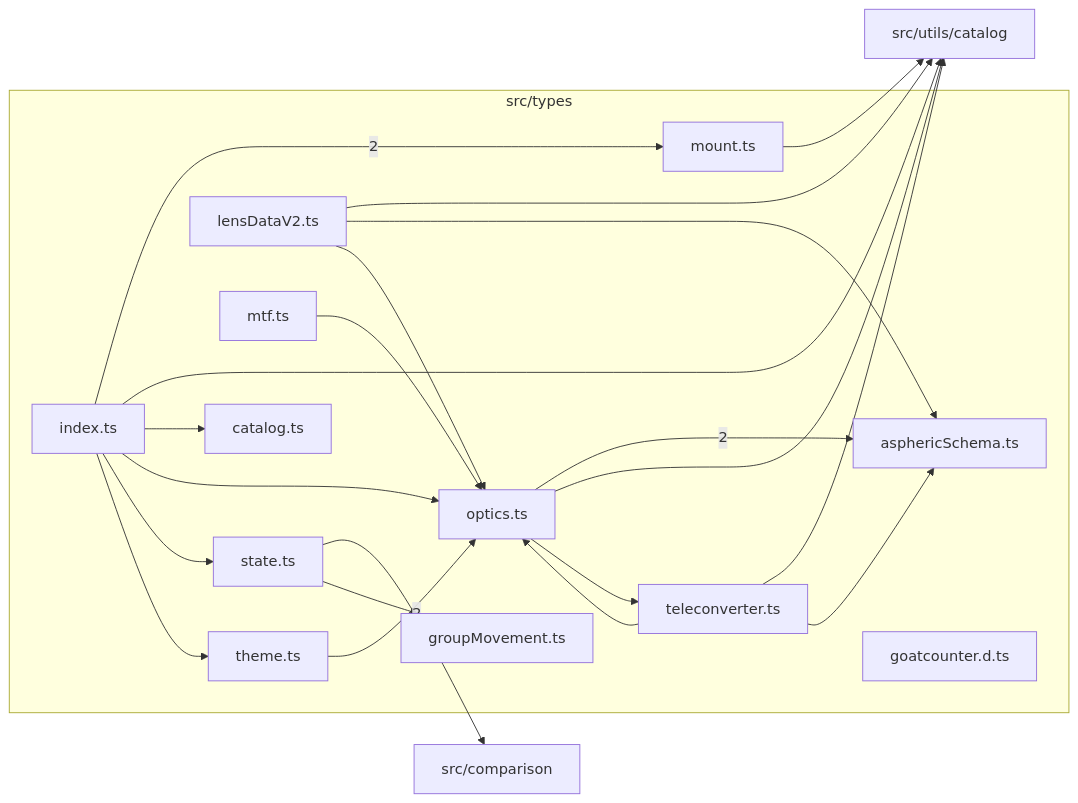
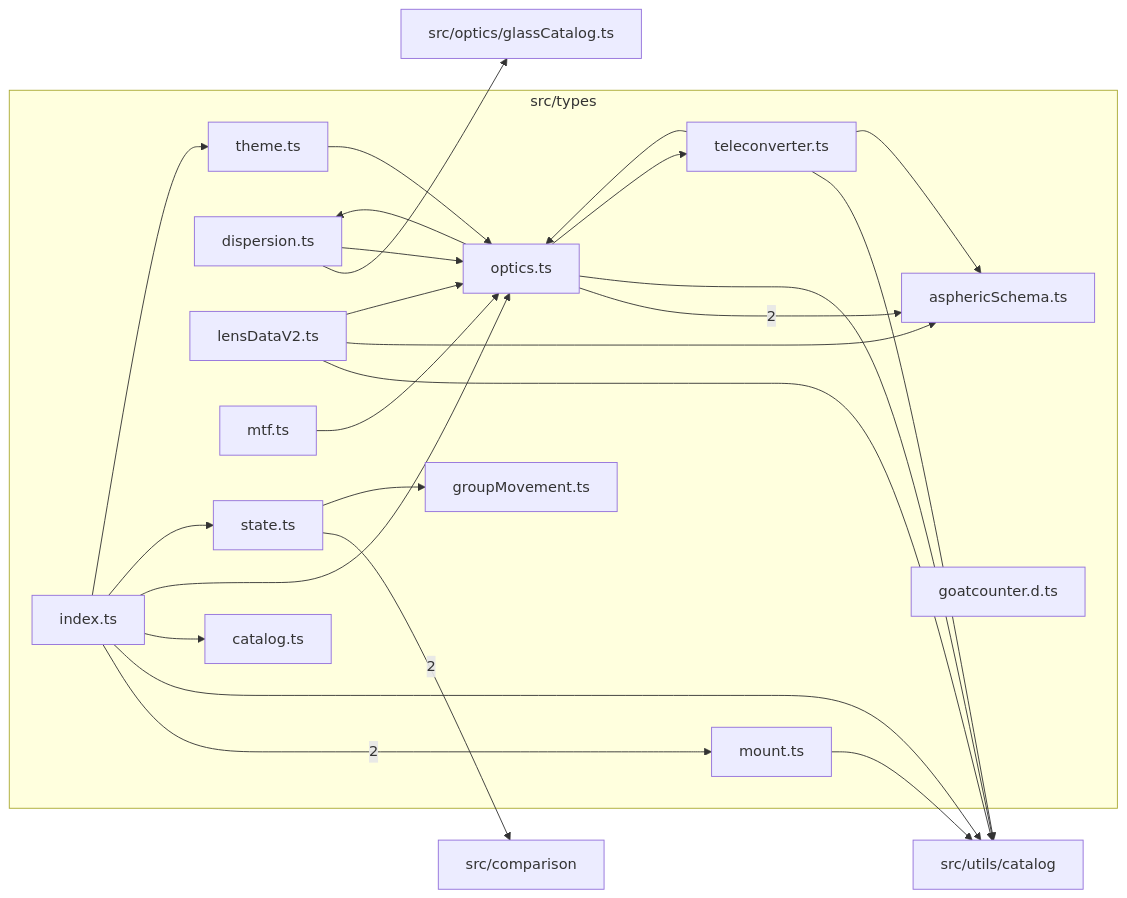
Before and after one commit to BeamFour/LensVisualizer: the diagram in src/types/readme.md, drawn with Mermaid. The commit also changed other lines of this file and 45 other files, not shown here.

````diff
--- a/src/types/readme.md
+++ b/src/types/readme.md
@@ -9,39 +9,44 @@
 ```mermaid
 flowchart LR
   subgraph n_src_types["src/types"]
     n_src_types_src_types_asphericSchema_ts["asphericSchema.ts"]
     n_src_types_src_types_catalog_ts["catalog.ts"]
+    n_src_types_src_types_dispersion_ts["dispersion.ts"]
     n_src_types_src_types_goatcounter_d_ts["goatcounter.d.ts"]
     n_src_types_src_types_groupMovement_ts["groupMovement.ts"]
     n_src_types_src_types_index_ts["index.ts"]
     n_src_types_src_types_lensDataV2_ts["lensDataV2.ts"]
     n_src_types_src_types_mount_ts["mount.ts"]
     n_src_types_src_types_mtf_ts["mtf.ts"]
     n_src_types_src_types_optics_ts["optics.ts"]
     n_src_types_src_types_state_ts["state.ts"]
     n_src_types_src_types_teleconverter_ts["teleconverter.ts"]
     n_src_types_src_types_theme_ts["theme.ts"]
   end
   n_external_src_comparison["src/comparison"]
+  n_external_src_optics_glassCatalog_ts["src/optics/glassCatalog.ts"]
   n_external_src_utils_catalog["src/utils/catalog"]
   n_src_types_src_types_state_ts --> |2| n_external_src_comparison
   n_src_types_src_types_optics_ts --> |2| n_src_types_src_types_asphericSchema_ts
   n_src_types_src_types_index_ts --> |2| n_src_types_src_types_mount_ts
+  n_src_types_src_types_dispersion_ts --> n_external_src_optics_glassCatalog_ts
   n_src_types_src_types_index_ts --> n_external_src_utils_catalog
   n_src_types_src_types_lensDataV2_ts --> n_external_src_utils_catalog
   n_src_types_src_types_mount_ts --> n_external_src_utils_catalog
   n_src_types_src_types_optics_ts --> n_external_src_utils_catalog
   n_src_types_src_types_teleconverter_ts --> n_external_src_utils_catalog
   n_src_types_src_types_lensDataV2_ts --> n_src_types_src_types_asphericSchema_ts
   n_src_types_src_types_teleconverter_ts --> n_src_types_src_types_asphericSchema_ts
   n_src_types_src_types_index_ts --> n_src_types_src_types_catalog_ts
+  n_src_types_src_types_optics_ts --> n_src_types_src_types_dispersion_ts
   n_src_types_src_types_state_ts --> n_src_types_src_types_groupMovement_ts
+  n_src_types_src_types_dispersion_ts --> n_src_types_src_types_optics_ts
   n_src_types_src_types_index_ts --> n_src_types_src_types_optics_ts
   n_src_types_src_types_lensDataV2_ts --> n_src_types_src_types_optics_ts
   n_src_types_src_types_mtf_ts --> n_src_types_src_types_optics_ts
   n_src_types_src_types_teleconverter_ts --> n_src_types_src_types_optics_ts
   n_src_types_src_types_theme_ts --> n_src_types_src_types_optics_ts
   n_src_types_src_types_index_ts --> n_src_types_src_types_state_ts
   n_src_types_src_types_optics_ts --> n_src_types_src_types_teleconverter_ts
   n_src_types_src_types_index_ts --> n_src_types_src_types_theme_ts
 ```
````
